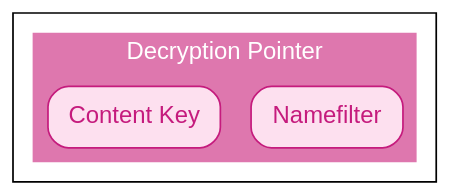
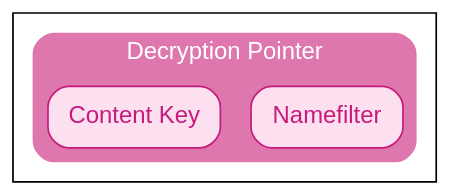
Before and after one commit to wnfs-wg/spec: the diagram in spec/diagrams/decryption_pointer.dot, drawn with Graphviz. The commit also changed 2 other files, not shown here.

```diff
--- a/spec/diagrams/decryption_pointer.dot
+++ b/spec/diagrams/decryption_pointer.dot
@@ -1,44 +1,44 @@
 digraph G {
     #########
     # SETUP #
     #########
 
     compound = true
     fontname = "Helvetica"
 
     edge [
         colorscheme = "piyg11"
         color = black
         fontname = "Helvetica"
     ];
 
     node [
         shape = box
         colorscheme = "piyg11"
         style = "rounded,filled"
         fillcolor = 5
         color = black
         fontname = "Helvetica"
         color=2
         fontcolor=2
     ];
 
     graph [
-        colorscheme="piyg11"
-        color=10
-        style = filled
+        colorscheme = "piyg11"
+        color = 10
+        style = "rounded,filled"
         fontcolor=white
     ];
 
     ############
     # CLUSTERS #
     ############
 
     subgraph cluster_decryption_pointer {
         label = "Decryption Pointer"
         color=3
 
         namefilter [label = "Namefilter"]
         content_key [label = "Content Key"]
     }
 }
```
